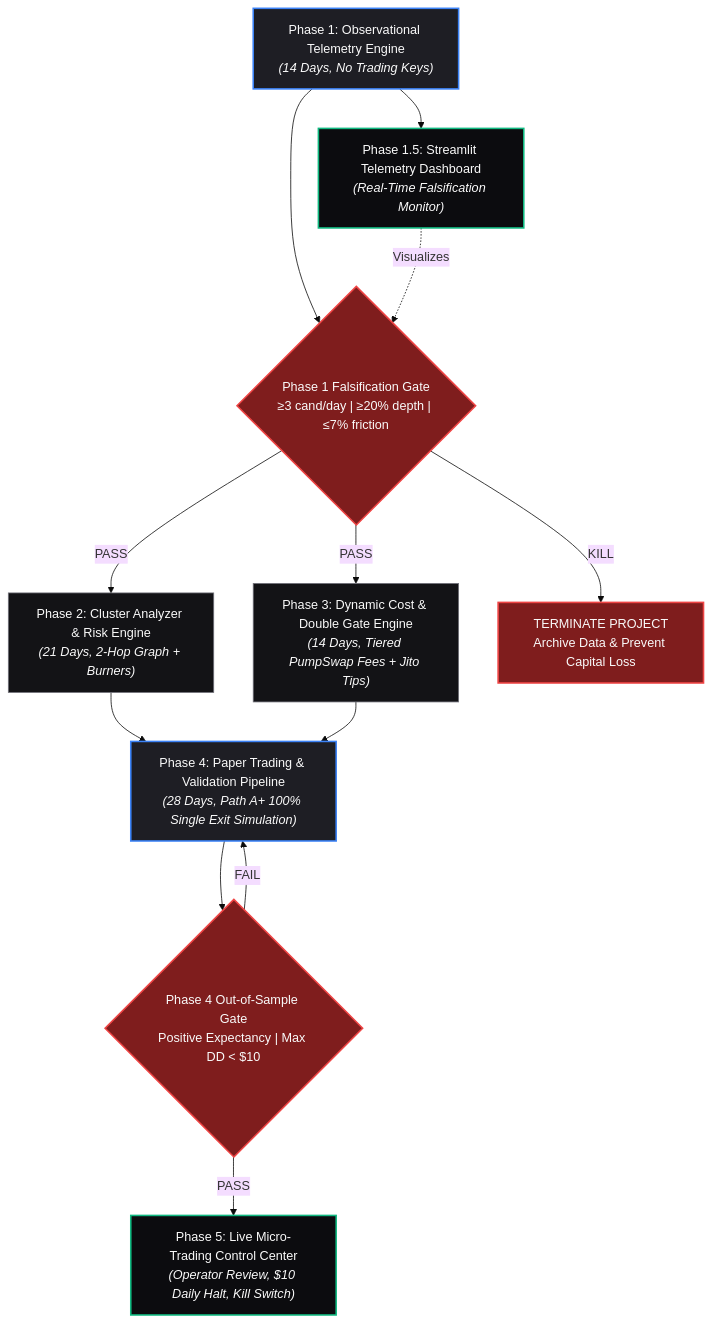
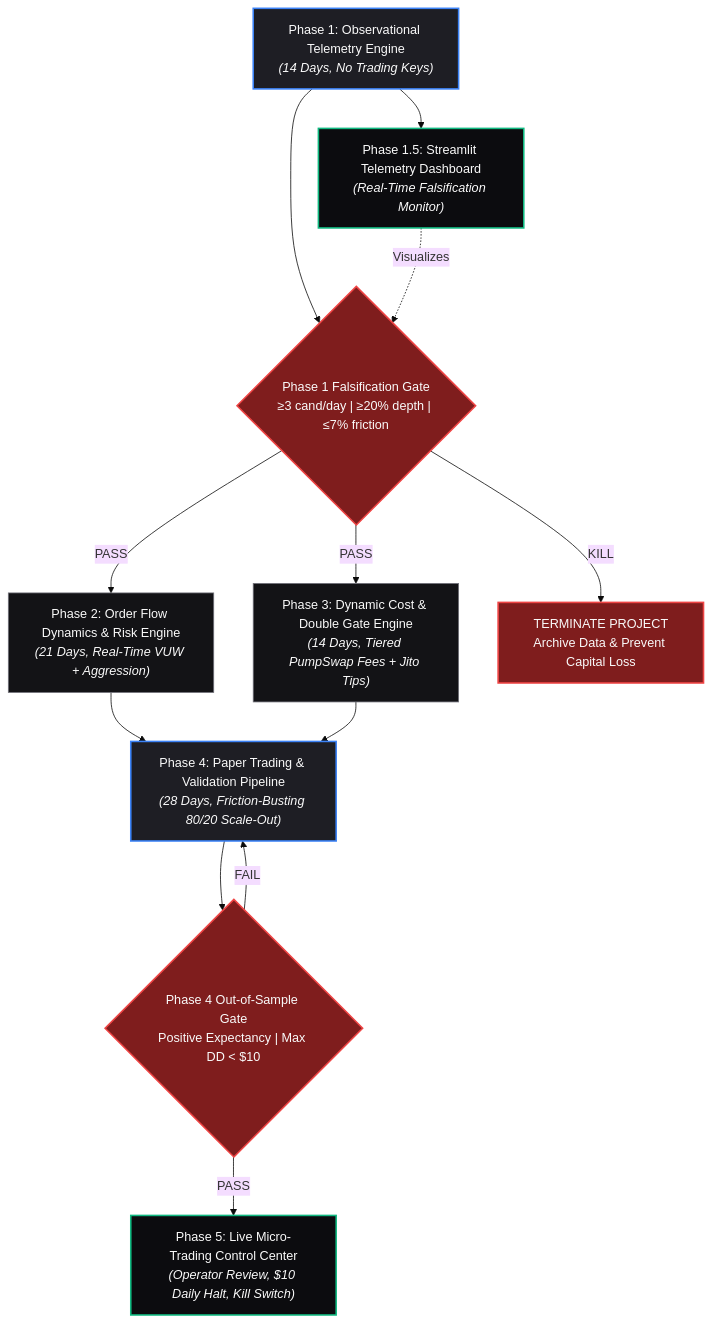
Before and after one commit to boppanadefi/funbot: the diagram in ROADMAP.md, drawn with Mermaid (base theme). The commit also changed other lines of this file and 36 other files, not shown here.

````diff
--- a/ROADMAP.md
+++ b/ROADMAP.md
@@ -13,32 +13,32 @@
 ```mermaid
 graph TD
     classDef observational fill:#1e1e24,stroke:#3b82f6,stroke-width:2px,color:#fafafa;
     classDef gate fill:#7f1d1d,stroke:#ef4444,stroke-width:2px,color:#fafafa;
     classDef core fill:#131316,stroke:#71717a,stroke-width:1px,color:#fafafa;
     classDef ui fill:#0c0c0f,stroke:#10b981,stroke-width:2px,color:#fafafa;
 
     P1["Phase 1: Observational Telemetry Engine<br/><i>(14 Days, No Trading Keys)</i>"]:::observational
     UI1["Phase 1.5: Streamlit Telemetry Dashboard<br/><i>(Real-Time Falsification Monitor)</i>"]:::ui
     G1{"Phase 1 Falsification Gate<br/>≥3 cand/day | ≥20% depth | ≤7% friction"}:::gate
 
-    P2["Phase 2: Cluster Analyzer & Risk Engine<br/><i>(21 Days, 2-Hop Graph + Burners)</i>"]:::core
+    P2["Phase 2: Order Flow Dynamics & Risk Engine<br/><i>(21 Days, Real-Time VUW + Aggression)</i>"]:::core
     P3["Phase 3: Dynamic Cost & Double Gate Engine<br/><i>(14 Days, Tiered PumpSwap Fees + Jito Tips)</i>"]:::core
 
-    P4["Phase 4: Paper Trading & Validation Pipeline<br/><i>(28 Days, Path A+ 100% Single Exit Simulation)</i>"]:::observational
+    P4["Phase 4: Paper Trading & Validation Pipeline<br/><i>(28 Days, Friction-Busting 80/20 Scale-Out)</i>"]:::observational
     G2{"Phase 4 Out-of-Sample Gate<br/>Positive Expectancy | Max DD < $10"}:::gate
 
     P5["Phase 5: Live Micro-Trading Control Center<br/><i>(Operator Review, $10 Daily Halt, Kill Switch)</i>"]:::ui
 
     P1 --> UI1
     P1 --> G1
     UI1 -.->|Visualizes| G1
     G1 -->|PASS| P2
     G1 -->|PASS| P3
     G1 -->|KILL| TERM["TERMINATE PROJECT<br/>Archive Data & Prevent Capital Loss"]:::gate
 
     P2 --> P4
     P3 --> P4
     P4 --> G2
     G2 -->|PASS| P5
     G2 -->|FAIL| P4
 ```
````
